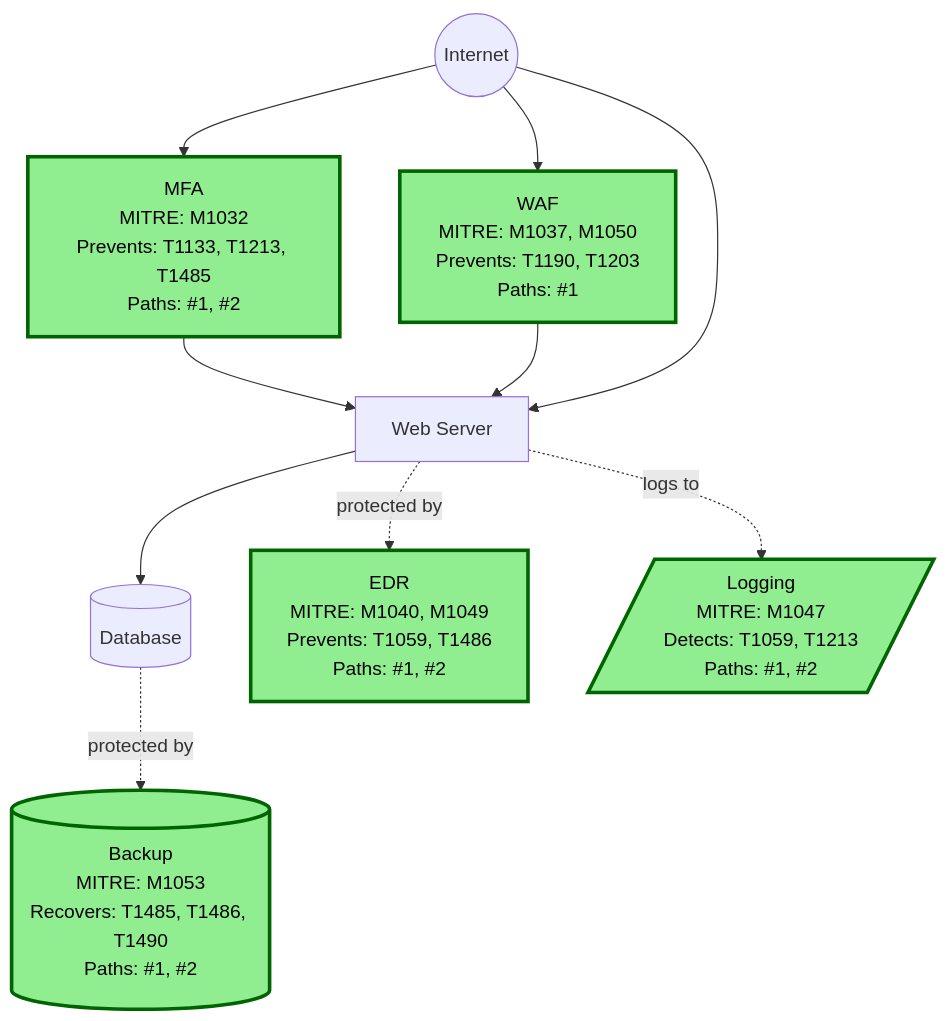
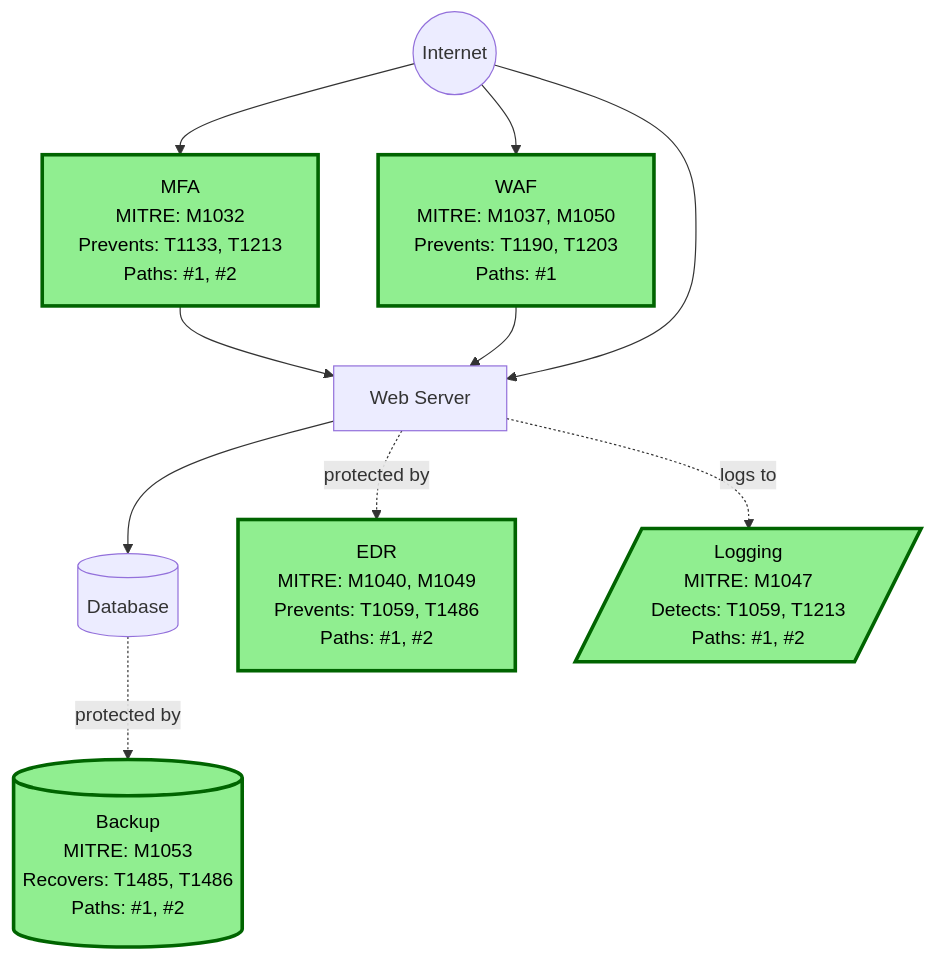
Before and after one commit to BerdTan/threatassessor: the second of 2 diagrams in README.md, drawn with Mermaid. The commit also changed other lines of this file and 4 other files, not shown here.

First line of the commit message:
fix: Complete bullet formatting and simplify README diagram

````diff
--- a/README.md
+++ b/README.md
@@ -69,33 +69,33 @@
 ```mermaid
 flowchart TB
     %% ORIGINAL ARCHITECTURE
     Internet((Internet))
     WebServer[Web Server]
     Database[(Database)]
 
-    %% RECOMMENDED SECURITY CONTROLS (with MITRE mapping)
-    NEW_MFA["MFA<br/>MITRE: M1032<br/>Prevents: T1133, T1213, T1485<br/>Paths: #1, #2"]
+    %% RECOMMENDED SECURITY CONTROLS (showing 5 of 17)
+    NEW_MFA["MFA<br/>MITRE: M1032<br/>Prevents: T1133, T1213<br/>Paths: #1, #2"]
     NEW_WAF["WAF<br/>MITRE: M1037, M1050<br/>Prevents: T1190, T1203<br/>Paths: #1"]
-    NEW_BACKUP[("Backup<br/>MITRE: M1053<br/>Recovers: T1485, T1486, T1490<br/>Paths: #1, #2")]
+    NEW_BACKUP[("Backup<br/>MITRE: M1053<br/>Recovers: T1485, T1486<br/>Paths: #1, #2")]
     NEW_EDR["EDR<br/>MITRE: M1040, M1049<br/>Prevents: T1059, T1486<br/>Paths: #1, #2"]
     NEW_LOGGING[/"Logging<br/>MITRE: M1047<br/>Detects: T1059, T1213<br/>Paths: #1, #2"/]
     
-    %% CONTROL PLACEMENT (based on attack paths)
+    %% CONTROL PLACEMENT (inline and monitoring)
     Internet --> NEW_MFA
     NEW_MFA --> WebServer
     Internet --> NEW_WAF
     NEW_WAF --> WebServer
     Database -.->|protected by| NEW_BACKUP
     WebServer -.->|logs to| NEW_LOGGING
     WebServer -.->|protected by| NEW_EDR
     
     %% ORIGINAL EDGES
     Internet --> WebServer
     WebServer --> Database
     
     style NEW_MFA fill:#90EE90,stroke:#006400,stroke-width:3px,color:#000000
     style NEW_WAF fill:#90EE90,stroke:#006400,stroke-width:3px,color:#000000
     style NEW_BACKUP fill:#90EE90,stroke:#006400,stroke-width:3px,color:#000000
     style NEW_EDR fill:#90EE90,stroke:#006400,stroke-width:3px,color:#000000
     style NEW_LOGGING fill:#90EE90,stroke:#006400,stroke-width:3px,color:#000000
 ```
````
